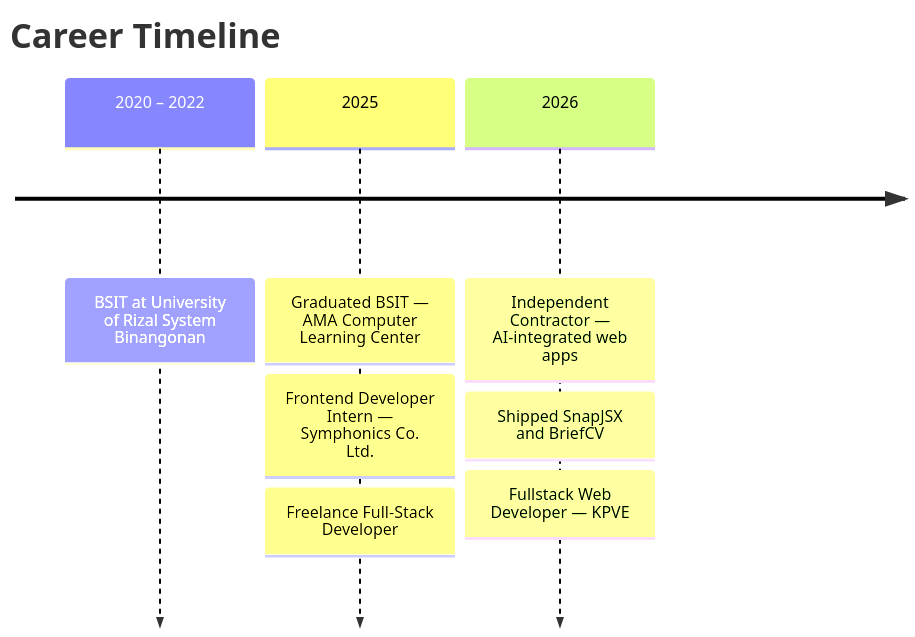
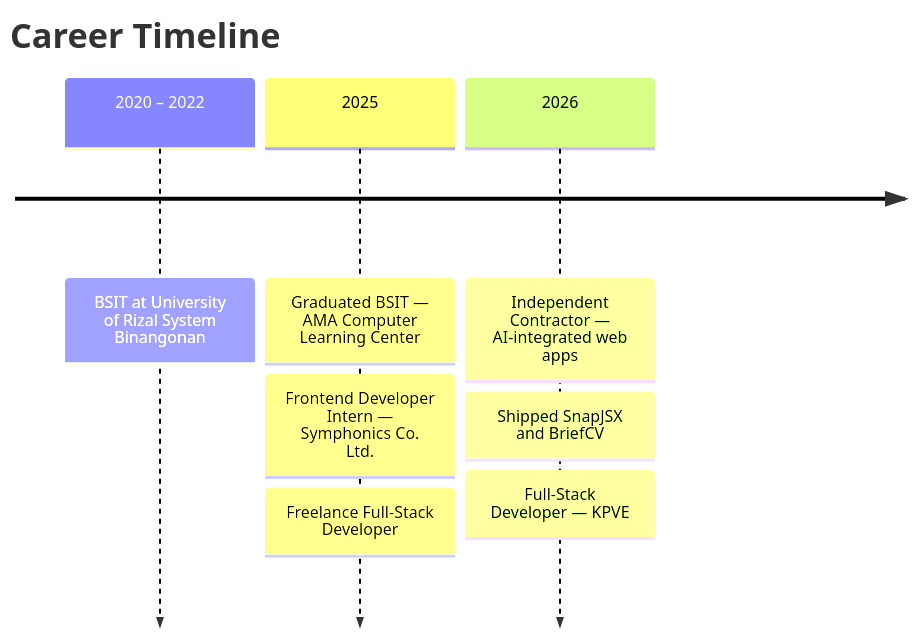
Before and after one commit to Gladiarn/Gladiarn: the second of 2 diagrams in README.md, drawn with Mermaid. The commit also changed other lines of this file, not shown here.

````diff
--- a/README.md
+++ b/README.md
@@ -67,11 +87,11 @@
 ```mermaid
 timeline
     title Career Timeline
     2020 – 2022 : BSIT at University of Rizal System Binangonan
     2025 : Graduated BSIT — AMA Computer Learning Center
          : Frontend Developer Intern — Symphonics Co. Ltd.
          : Freelance Full-Stack Developer
     2026 : Independent Contractor — AI-integrated web apps
          : Shipped SnapJSX and BriefCV
-         : Fullstack Web Developer — KPVE
+         : Full-Stack Developer — KPVE
 ```
````
